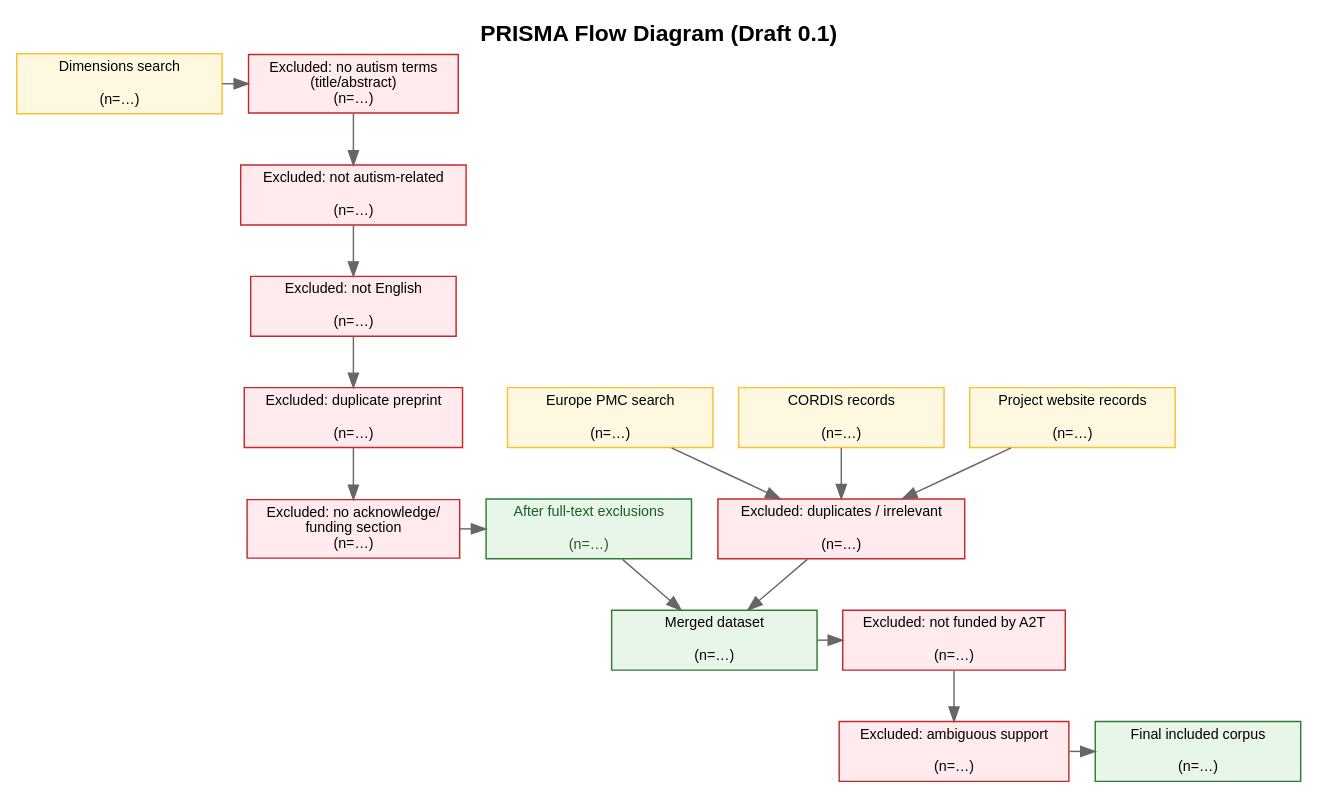
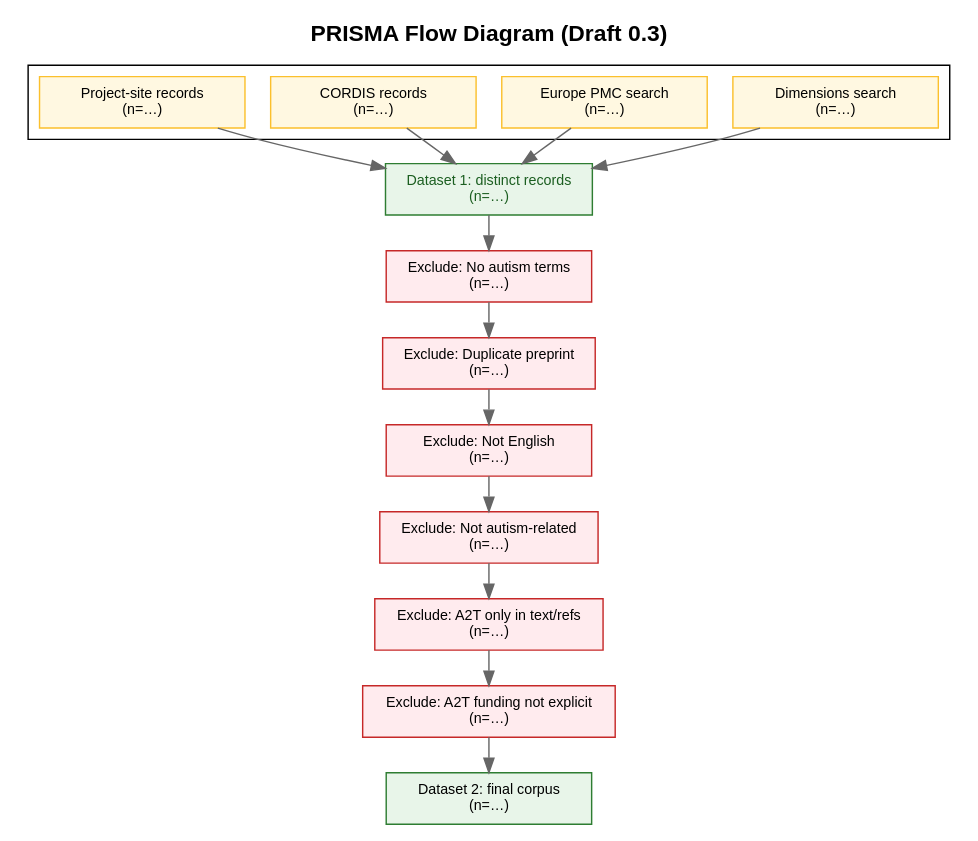
One commit to cedric-detienne/Autistic-participatory-metrics changed the diagram in corpus/AIMS-2-TRIALS/protocol/prisma_diagram/prisma_diagram.dot. Above: the diagram before and after it, drawn with Graphviz.

```diff
--- a/corpus/AIMS-2-TRIALS/protocol/prisma_diagram/prisma_diagram.dot
+++ b/corpus/AIMS-2-TRIALS/protocol/prisma_diagram/prisma_diagram.dot
@@ -1,61 +1,38 @@
 digraph PRISMA {
-  /* ─── 1. Paramètres généraux ─────────────────────────── */
-  rankdir=TB
+  rankdir = TB
   labelloc = "t"
-  label    = "PRISMA Flow Diagram (Draft 0.1)"
-  fontsize  = 16
-  fontname  = "Helvetica-Bold"
+  label = "PRISMA Flow Diagram (Draft 0.3)"
+  fontsize = 16
+  fontname = "Helvetica-Bold"
+  nodesep = 0.25
+  ranksep = 0.35
   node [shape=box, fontname="Helvetica", fontsize=10, style=filled]
   edge [color=gray40]
 
-  /* ─── 2. Nœuds principaux ─────────────────────────────── */
-  A1 [label="Dimensions search\n\n(n=…)", width=2,  fillcolor="#fff8e1", color="#fbc02d"];
-  B6 [label="After full-text exclusions\n\n(n=…)", width=2, fillcolor="#e8f5e9", color="#2e7d32", fontcolor="#1b5e20"];
-  C1 [label="Europe PMC search\n\n(n=…)", width=2, fillcolor="#fff8e1", color="#fbc02d"];
-  C2 [label="CORDIS records\n\n(n=…)", width=2, fillcolor="#fff8e1", color="#fbc02d"];
-  C3 [label="Project website records\n\n(n=…)", width=2, fillcolor="#fff8e1", color="#fbc02d"];
-  C4 [label="Excluded: duplicates / irrelevant\n\n(n=…)", width=2, fillcolor="#ffebee", color="#c62828"];
-  C5 [label="Merged dataset\n\n(n=…)", width=2, fillcolor="#e8f5e9", color="#2e7d32"];
-  D3 [label="Final included corpus\n\n(n=…)", width=2, fillcolor="#e8f5e9", color="#2e7d32"];
-
-  /* ─── 3. Full-text exclusions ─────────────────────────── */
-  subgraph FT {
-
-    B1 [label="Excluded: no autism terms\n(title/abstract)\n(n=…)", width=2, fillcolor="#ffebee", color="#c62828"];
-    B2 [label="Excluded: not autism-related\n\n(n=…)", width=2, fillcolor="#ffebee", color="#c62828"];
-    B3 [label="Excluded: not English\n\n(n=…)", width=2, fillcolor="#ffebee", color="#c62828"];
-    B4 [label="Excluded: duplicate preprint\n\n(n=…)", width=2, fillcolor="#ffebee", color="#c62828"];
-    B5 [label="Excluded: no acknowledge/\nfunding section\n(n=…)", width=2, fillcolor="#ffebee", color="#c62828"];
-
-    B1 -> B2 -> B3 -> B4 -> B5
+  /* — Sources — */
+  subgraph cluster_sources {
+    label = ""
+    rank = same
+    S1 [label="Dimensions search\n(n=…)",    width=2, fillcolor="#fff8e1", color="#fbc02d"];
+    S2 [label="Europe PMC search\n(n=…)",    width=2, fillcolor="#fff8e1", color="#fbc02d"];
+    S3 [label="CORDIS records\n(n=…)",       width=2, fillcolor="#fff8e1", color="#fbc02d"];
+    S4 [label="Project-site records\n(n=…)", width=2, fillcolor="#fff8e1", color="#fbc02d"];
   }
 
-  /* ─── 4. Funding exclusions ───────────────────────────── */
-  subgraph FE {
+  /* — Datasets — */
+  D1 [label="Dataset 1: distinct records\n(n=…)", width=2, fillcolor="#e8f5e9", color="#2e7d32", fontcolor="#1b5e20"];
+  D2 [label="Dataset 2: final corpus\n(n=…)",    width=2, fillcolor="#e8f5e9", color="#2e7d32"];
 
-    D1 [label="Excluded: not funded by A2T\n\n(n=…)", width=2, fillcolor="#ffebee", color="#c62828"];
-    D2 [label="Excluded: ambiguous support\n\n(n=…)", width=2, fillcolor="#ffebee", color="#c62828"];
+  /* — Exclusions — */
+  X1  [label="Exclude: No autism terms\n(n=…)",             width=2, fillcolor="#ffebee", color="#c62828"];
+  X2  [label="Exclude: Duplicate preprint\n(n=…)",          width=2, fillcolor="#ffebee", color="#c62828"];
+  X3  [label="Exclude: Not English\n(n=…)",                 width=2, fillcolor="#ffebee", color="#c62828"];
+  X4  [label="Exclude: Not autism-related\n(n=…)",          width=2, fillcolor="#ffebee", color="#c62828"];
+  X5  [label="Exclude: A2T only in text/refs\n(n=…)",       width=2, fillcolor="#ffebee", color="#c62828"];
+  XF1 [label="Exclude: A2T funding not explicit\n(n=…)",    width=2, fillcolor="#ffebee", color="#c62828"];
 
-    D1 -> D2
-  }
+  /* — Flux — */
+  S1 -> D1;  S2 -> D1;  S3 -> D1;  S4 -> D1;
+  D1 -> X1 -> X2 -> X3 -> X4 -> X5 -> XF1 -> D2;
 
-  /* ─── 5. Alignements horizontaux ──────────────────────── */
-  { rank=same; A1; B1 }
-  { rank=same; B5; B6 }
-  { rank=same; C5; D1 }
-  { rank=same; D2; D3 }
-  { rank=same; C1; C2; C3 }
-
-  /* ─── 6. Flux général ─────────────────────────────────── */
-  A1 -> B1
-  B5 -> B6
-  B6 -> C5
-
-  C1 -> C4
-  C2 -> C4
-  C3 -> C4
-  C4 -> C5
-
-  C5 -> D1
-  D2 -> D3
 }
```
